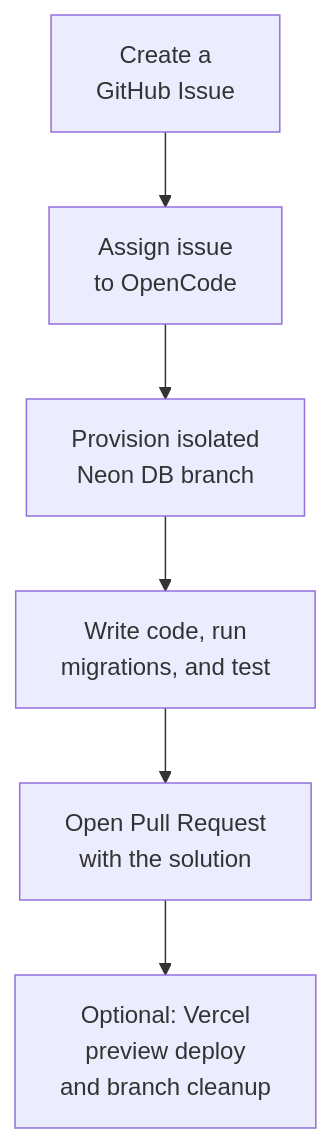
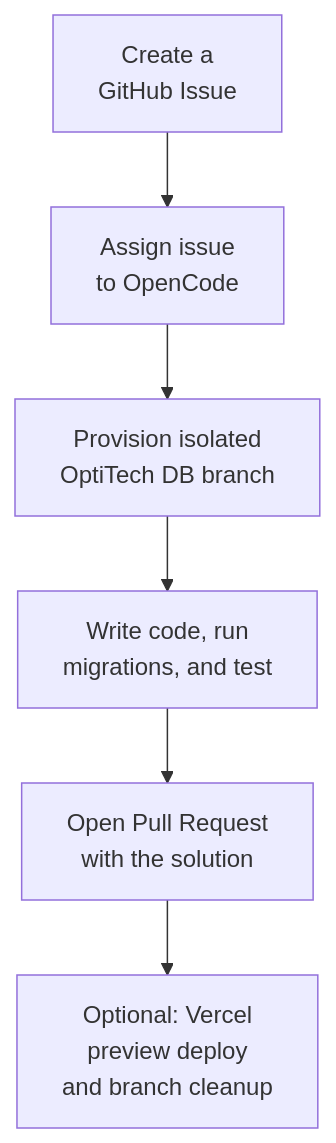
Before and after one commit to prakto-org/optitech-hemsida: the diagram in content/guides/opencode-neon-github-actions.md, drawn with Mermaid. The commit also changed other lines of this file and 2084 other files, not shown here.

First line of the commit message:
feat: rebrand Neon site to OptiTech

````diff
--- a/content/guides/opencode-neon-github-actions.md
+++ b/content/guides/opencode-neon-github-actions.md
@@ -18,8 +18,8 @@
 ```mermaid
 flowchart TD
   A["Create a<br/>GitHub Issue"] --> B["Assign issue<br/>to OpenCode"]
-  B --> C["Provision isolated<br/>Neon DB branch"]
+  B --> C["Provision isolated<br/>OptiTech DB branch"]
   C --> D["Write code, run<br/>migrations, and test"]
   D --> E["Open Pull Request<br/>with the solution"]
   E --> F["Optional: Vercel <br/>preview deploy<br/>and branch cleanup"]
 ```
````
